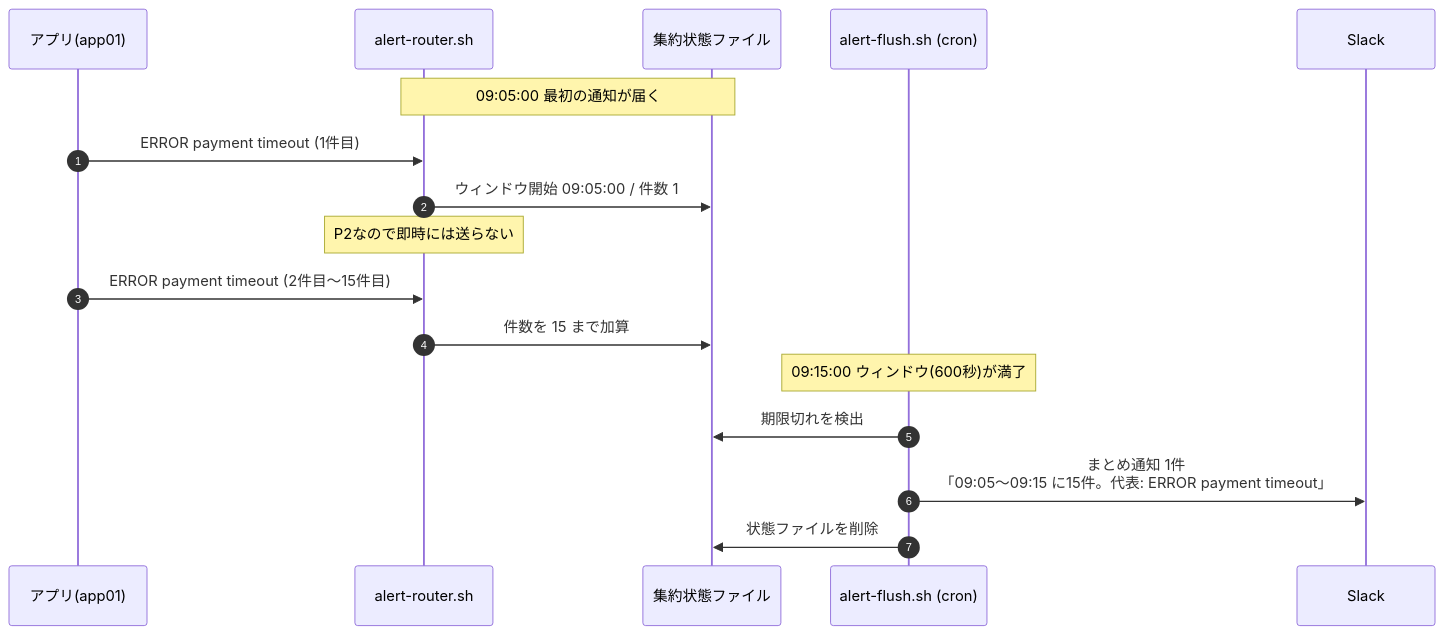
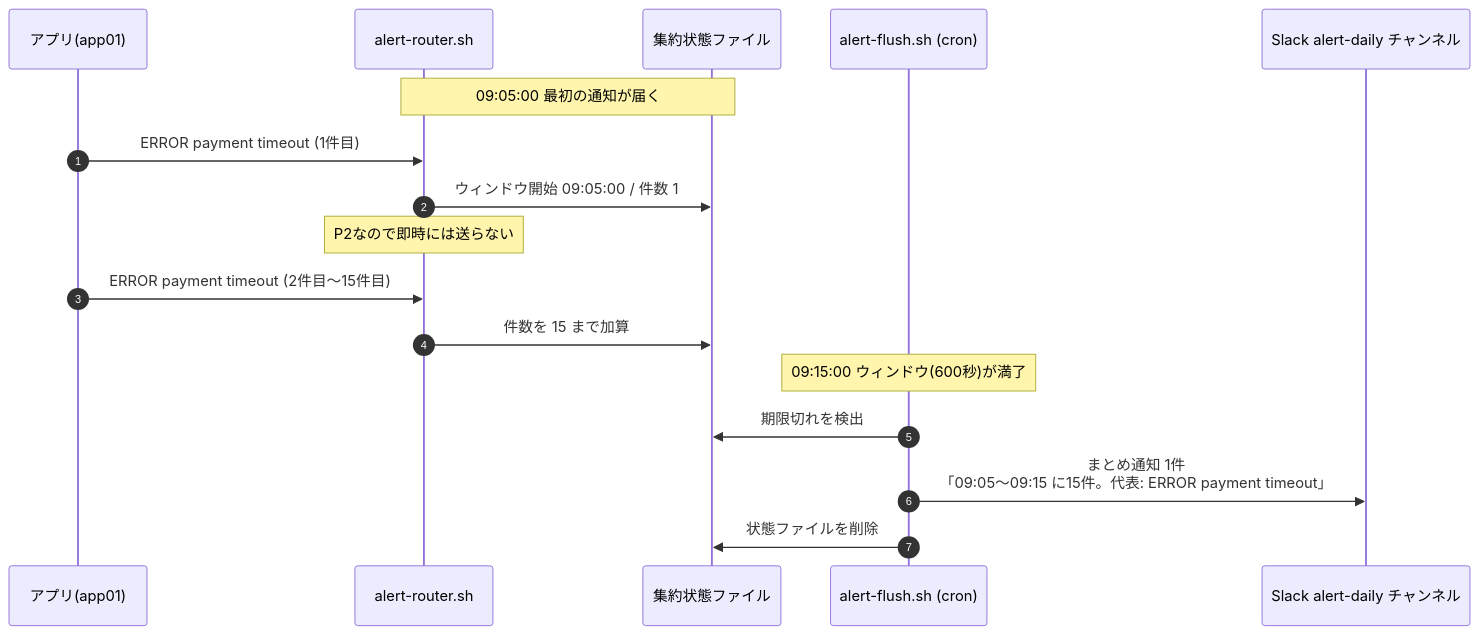
The fifth of 7 diagrams in improvements/03-alert-noise-reduction/03-design.md (ns7jp/automation), drawn with Mermaid before and after one commit. The commit also changed other lines of this file and 6 other files, not shown here.

````diff
--- a/improvements/03-alert-noise-reduction/03-design.md
+++ b/improvements/03-alert-noise-reduction/03-design.md
@@ -517,22 +517,22 @@
 ```mermaid
 sequenceDiagram
     autonumber
     participant App as アプリ(app01)
     participant AR as alert-router.sh
     participant ST as 集約状態ファイル
     participant FL as alert-flush.sh (cron)
-    participant SL as Slack #alert-daily
+    participant SL as Slack alert-daily チャンネル
 
     Note over AR,ST: 09:05:00 最初の通知が届く
     App->>AR: ERROR payment timeout (1件目)
     AR->>ST: ウィンドウ開始 09:05:00 / 件数 1
     Note over AR: P2なので即時には送らない
 
     App->>AR: ERROR payment timeout (2件目〜15件目)
     AR->>ST: 件数を 15 まで加算
 
     Note over FL: 09:15:00 ウィンドウ(600秒)が満了
     FL->>ST: 期限切れを検出
     FL->>SL: まとめ通知 1件<br/>「09:05〜09:15 に15件。代表: ERROR payment timeout」
     FL->>ST: 状態ファイルを削除
 ```
````
